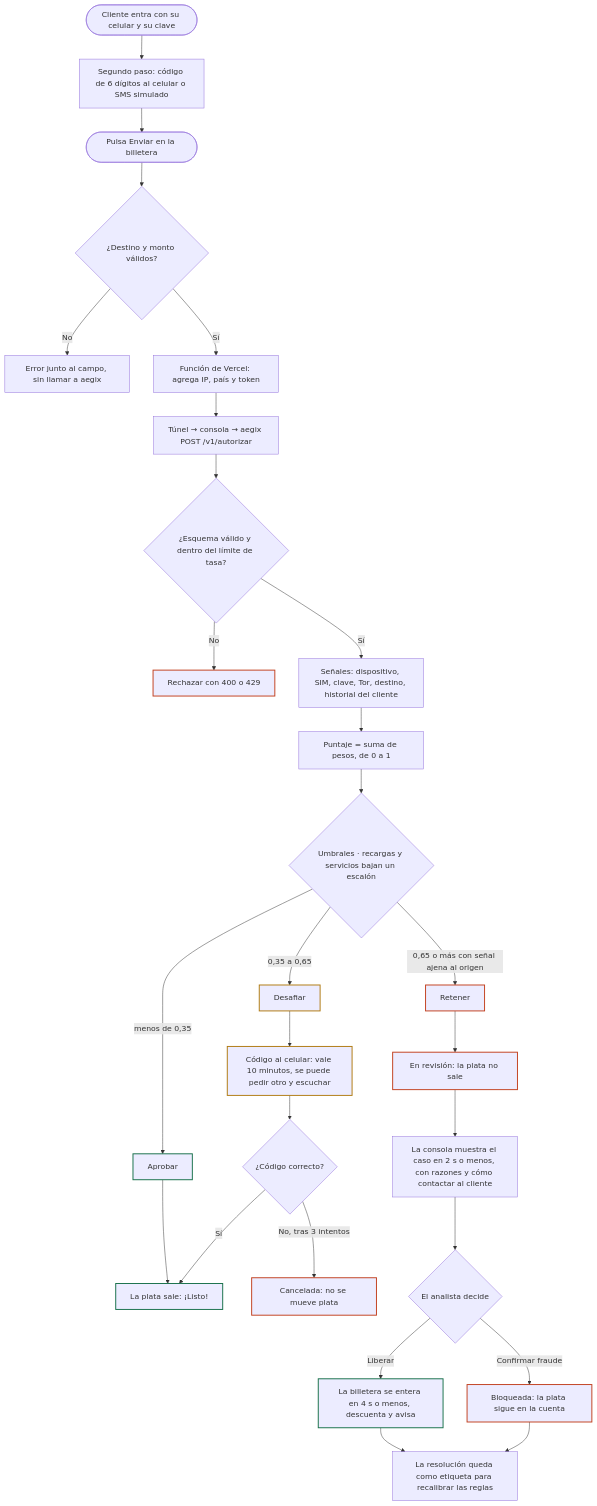
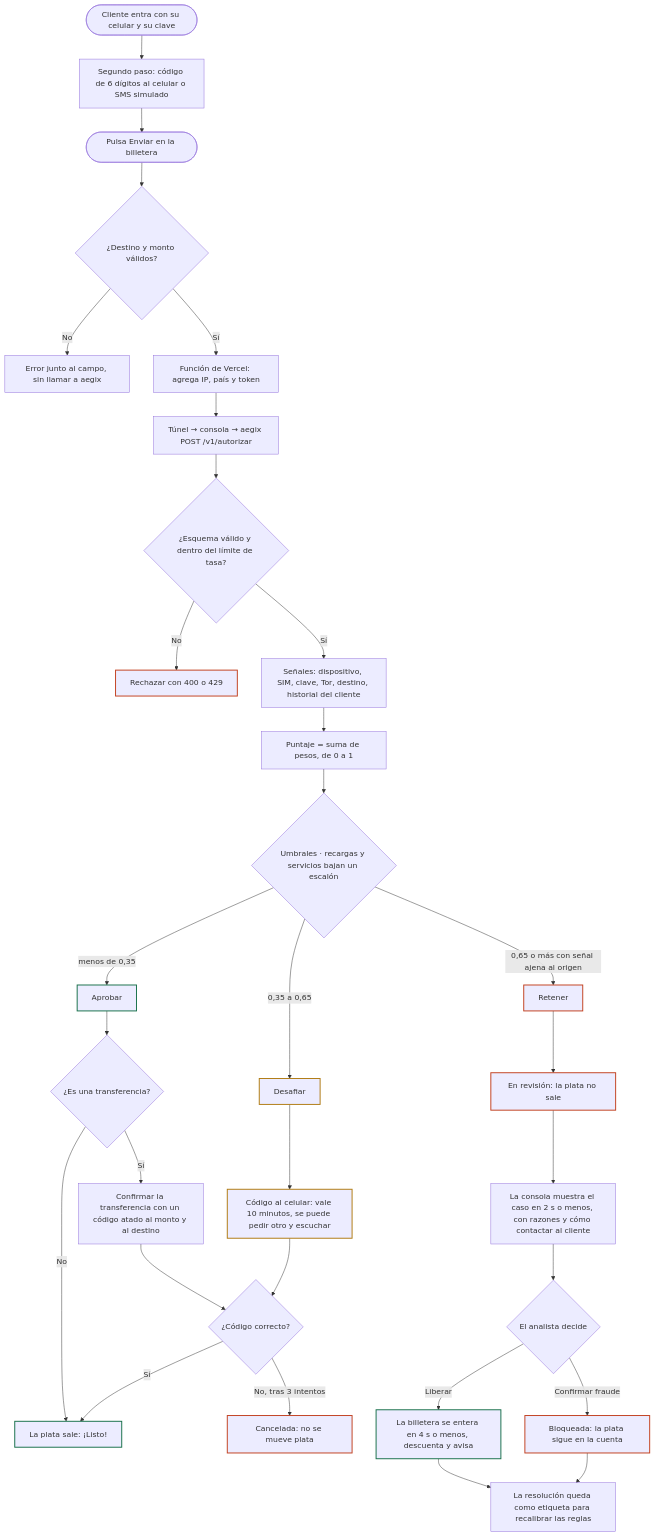
The first of 2 diagrams in docs/flujo.md (Elzepete/Aegix-yuma), drawn with Mermaid before and after one commit. The commit also changed 14 other files, not shown here.

First line of the commit message:
Confirmación con código en cada transferencia, voz robusta y menú de accesibilidad en la consola

````diff
--- a/docs/flujo.md
+++ b/docs/flujo.md
@@ -8,35 +8,38 @@
 ```mermaid
 flowchart TD
   A0(["Cliente entra con su celular y su clave"]) --> A1["Segundo paso: código de 6 dígitos al celular o SMS simulado"]
   A1 --> A(["Pulsa Enviar en la billetera"])
   A --> B{"¿Destino y monto válidos?"}
   B -->|No| B1["Error junto al campo, sin llamar a aegix"]
   B -->|Sí| C["Función de Vercel: agrega IP, país y token"]
   C --> D["Túnel → consola → aegix POST /v1/autorizar"]
   D --> E{"¿Esquema válido y dentro del límite de tasa?"}
   E -->|No| E1["Rechazar con 400 o 429"]
   E -->|Sí| F["Señales: dispositivo, SIM, clave, Tor, destino, historial del cliente"]
   F --> G["Puntaje = suma de pesos, de 0 a 1"]
   G --> H{"Umbrales · recargas y servicios bajan un escalón"}
   H -->|menos de 0,35| AP["Aprobar"]
   H -->|0,35 a 0,65| DE["Desafiar"]
   H -->|0,65 o más con señal ajena al origen| RE["Retener"]
-  AP --> AP1["La plata sale: ¡Listo!"]
+  AP --> TR{"¿Es una transferencia?"}
+  TR -->|No| AP1["La plata sale: ¡Listo!"]
+  TR -->|Sí| CF["Confirmar la transferencia con un código atado al monto y al destino"]
+  CF --> DE2
   DE --> DE1["Código al celular: vale 10 minutos, se puede pedir otro y escuchar"]
   DE1 --> DE2{"¿Código correcto?"}
   DE2 -->|Sí| AP1
   DE2 -->|No, tras 3 intentos| X1["Cancelada: no se mueve plata"]
   RE --> RE1["En revisión: la plata no sale"]
   RE1 --> K["La consola muestra el caso en 2 s o menos, con razones y cómo contactar al cliente"]
   K --> L{"El analista decide"}
   L -->|Liberar| AP2["La billetera se entera en 4 s o menos, descuenta y avisa"]
   L -->|Confirmar fraude| X2["Bloqueada: la plata sigue en la cuenta"]
   AP2 --> M["La resolución queda como etiqueta para recalibrar las reglas"]
   X2 --> M
   classDef ok stroke:#17704A,stroke-width:2px
   classDef alerta stroke:#B07A10,stroke-width:2px
   classDef mal stroke:#C2401F,stroke-width:2px
   class AP,AP1,AP2 ok
   class DE,DE1 alerta
   class RE,RE1,E1,X1,X2 mal
 ```
````
